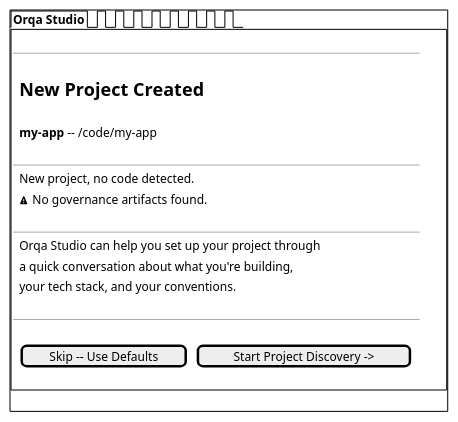
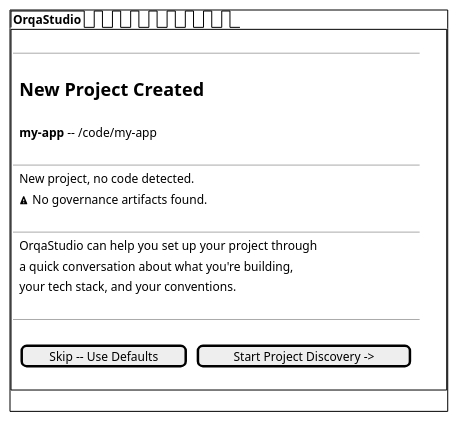
One commit to orqastudio/app changed the ninth of 14 diagrams in docs/wireframes/settings-onboarding.md. Above: the diagram before and after it, drawn with PlantUML. The commit also changed other lines of this file and 177 other files, not shown here.

````diff
--- a/docs/wireframes/settings-onboarding.md
+++ b/docs/wireframes/settings-onboarding.md
@@ -416,32 +416,32 @@
 ```plantuml
 @startsalt
 {+
-  {/ <b>Orqa Studio</b> | . | . | . | . | . | . | . | . }
+  {/ <b>OrqaStudio</b> | . | . | . | . | . | . | . | . }
   {+
     {
       . | . | . | . | . | .
       ---
       .
       { . | <b><size:18>New Project Created</size></b> | . | . }
       .
       { . | <b>my-app</b> -- ~/code/my-app | . | . }
       .
       ---
       { . | New project, no code detected. | . | . }
       { . | <&warning> No governance artifacts found. | . | . }
       .
       ---
-      { . | Orqa Studio can help you set up your project through | . | . }
+      { . | OrqaStudio can help you set up your project through | . | . }
       { . | a quick conversation about what you're building, | . | . }
       { . | your tech stack, and your conventions. | . | . }
       .
       ---
       .
       { . | [Skip -- Use Defaults] | . | [Start Project Discovery ->] | . }
       .
     }
   }
   { . | . | . | . | . | . | . | . | . }
 }
 @endsalt
 ```
````
